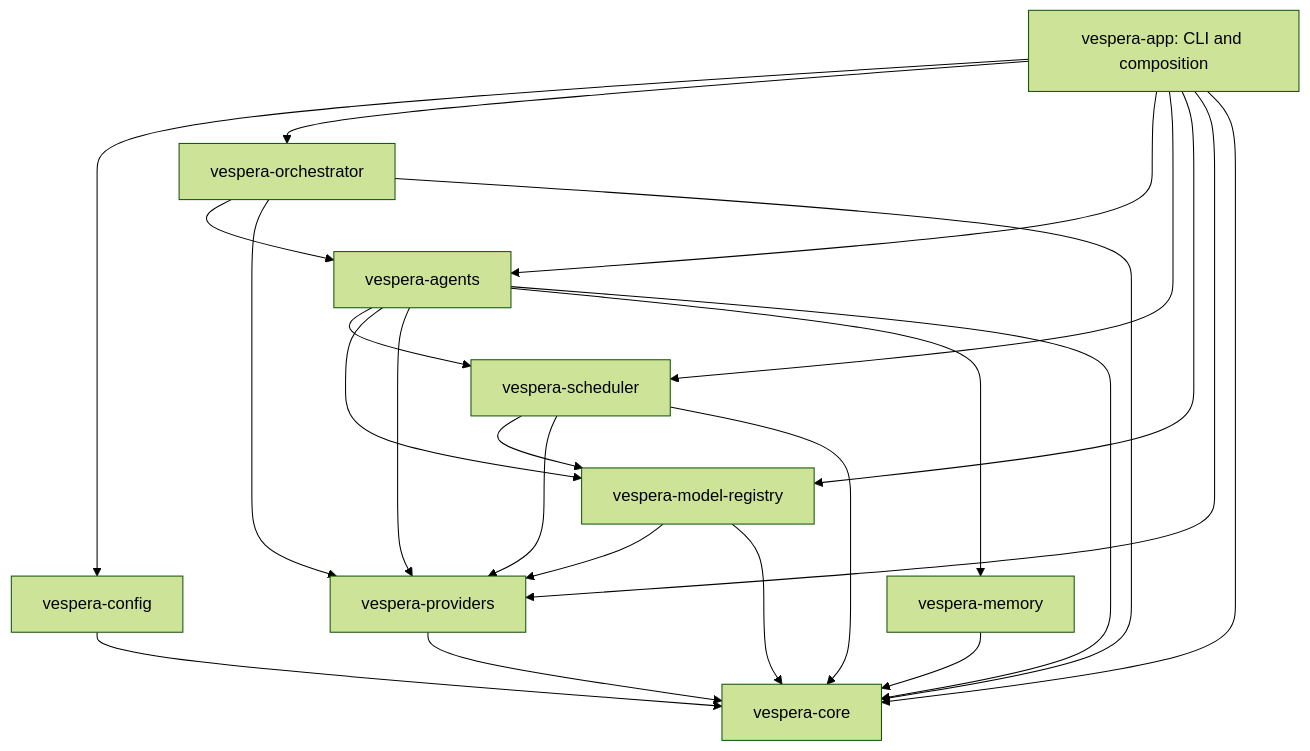
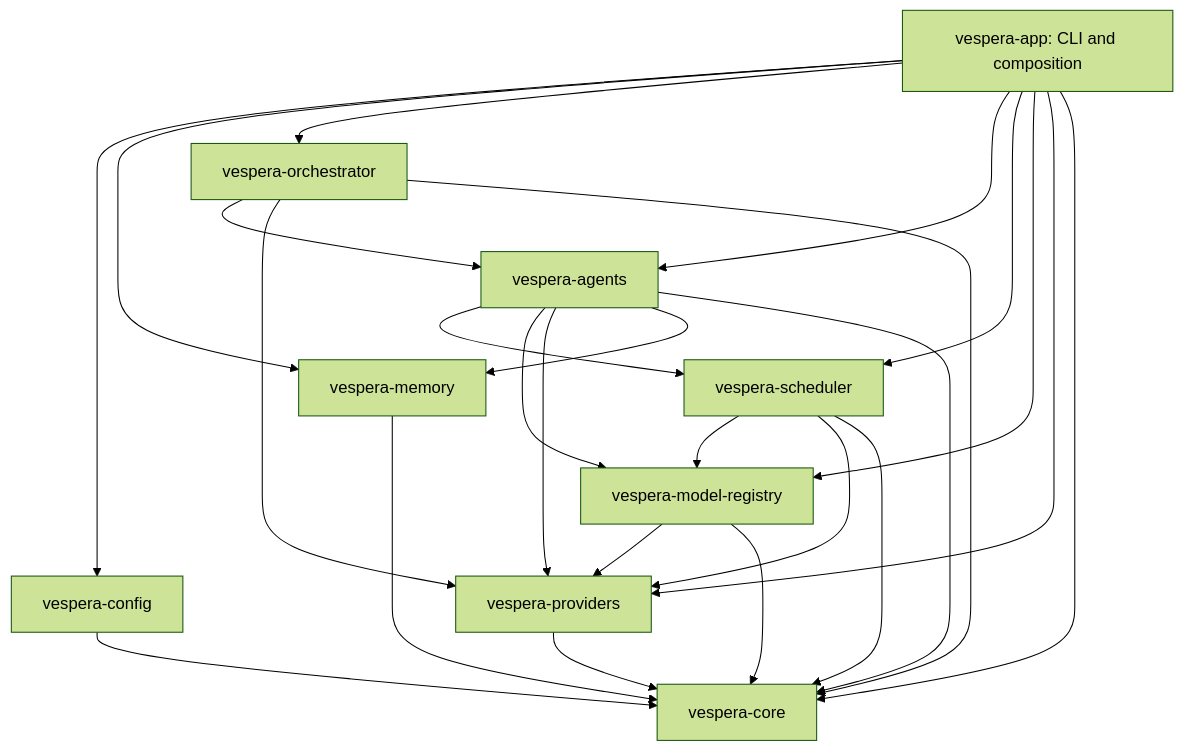
Before and after one commit to ShamelesAbyss/Vespera: the diagram in docs/ARCHITECTURE.md, drawn with Mermaid (forest theme). The commit also changed other lines of this file and 17 other files, not shown here.

````diff
--- a/docs/ARCHITECTURE.md
+++ b/docs/ARCHITECTURE.md
@@ -14,26 +14,27 @@
 ```mermaid
 flowchart TD
     App[vespera-app: CLI and composition] --> Config[vespera-config]
+    App --> Memory
     App --> Orchestrator
     App --> Agents[vespera-agents]
     App --> Scheduler[vespera-scheduler]
     App --> Registry[vespera-model-registry]
     App --> Providers[vespera-providers]
     App --> Core[vespera-core]
     Orchestrator[vespera-orchestrator] --> Agents
     Orchestrator --> Providers
     Orchestrator --> Core
     Config --> Core
     Agents --> Scheduler
     Agents --> Registry
     Agents --> Providers
     Agents --> Memory[vespera-memory]
     Memory --> Core
     Agents --> Core
     Scheduler --> Registry
     Scheduler --> Providers
     Scheduler --> Core
     Registry --> Providers
     Registry --> Core
     Providers --> Core
 ```
````
